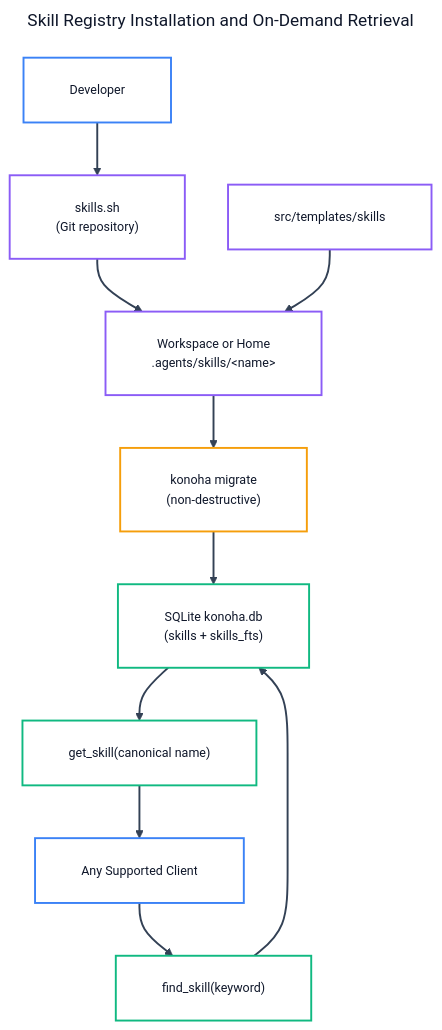
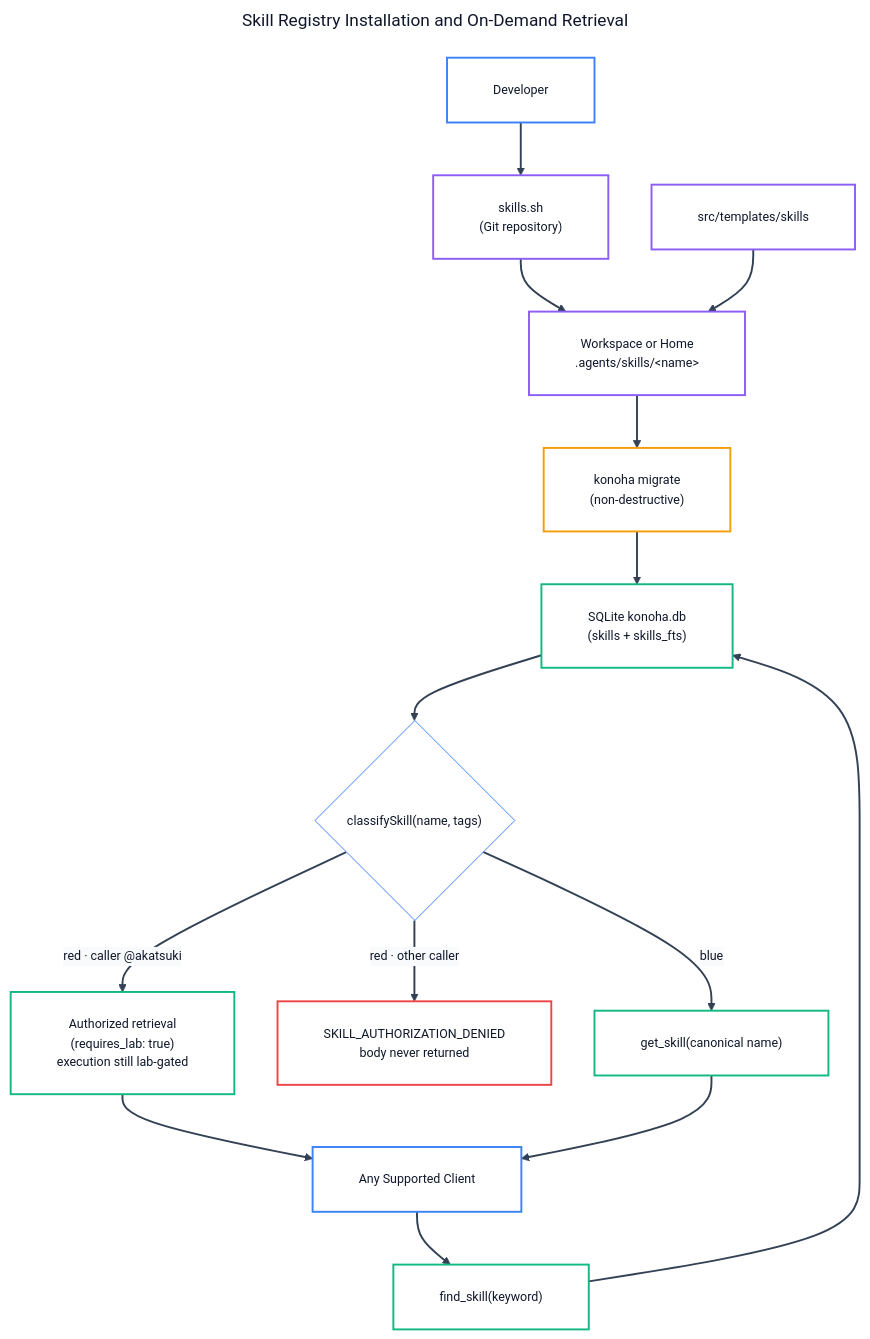
Before and after one commit to andycungkrinx91/konoha: the diagram in docs/ADDING-SKILLS.md, drawn with Mermaid. The commit also changed other lines of this file and 184 other files, not shown here.

````diff
--- a/docs/ADDING-SKILLS.md
+++ b/docs/ADDING-SKILLS.md
@@ -13,46 +13,51 @@
 ```mermaid
 ---
 title: Skill Registry Installation and On-Demand Retrieval
 config:
   theme: base
   themeVariables:
     darkMode: false
     background: '#ffffff'
     mainBkg: '#ffffff'
     primaryColor: '#ffffff'
     primaryTextColor: '#0f172a'
     primaryBorderColor: '#3b82f6'
     lineColor: '#334155'
     arrowheadColor: '#334155'
     secondaryColor: '#f8fafc'
     tertiaryColor: '#ffffff'
     fontFamily: 'Inter, system-ui, -apple-system, sans-serif'
     fontSize: '13px'
   flowchart:
     nodeSpacing: 45
     rankSpacing: 55
     padding: 24
     wrappingWidth: 380
 ---
 flowchart TB
     Developer["Developer"] --> Registry["skills.sh<br/>(Git repository)"]
     Registry --> Files["Workspace or Home<br/>.agents/skills/&lt;name&gt;"]
     Templates["src/templates/skills"] --> Files
     Files --> Migrate["konoha migrate<br/>(non-destructive)"]
     Migrate --> DB["SQLite konoha.db<br/>(skills + skills_fts)"]
     Client["Any Supported Client"] --> Find["find_skill(keyword)"]
     Find --> DB
-    DB --> Get["get_skill(canonical name)"]
+    DB --> Authz{"classifySkill(name, tags)"}-->|red · caller @akatsuki| Red["Authorized retrieval<br/>(requires_lab: true)<br/>execution still lab-gated"]
+    Authz -->|red · other caller| Denied["SKILL_AUTHORIZATION_DENIED<br/>body never returned"]
+    Authz -->|blue| Get["get_skill(canonical name)"]
+    Red --> Client
     Get --> Client
 
     linkStyle default stroke:#334155,stroke-width:2px;
     classDef actorNode fill:#ffffff,stroke:#3b82f6,color:#0f172a,stroke-width:2px;
     classDef sourceNode fill:#ffffff,stroke:#8b5cf6,color:#0f172a,stroke-width:2px;
     classDef processNode fill:#ffffff,stroke:#f59e0b,color:#0f172a,stroke-width:2px;
     classDef runtimeNode fill:#ffffff,stroke:#10b981,color:#0f172a,stroke-width:2px;
 
     class Developer,Client actorNode;
     class Registry,Files,Templates sourceNode;
     class Migrate processNode;
-    class DB,Find,Get runtimeNode;
+    class DB,Find,Get,Red runtimeNode;
+    classDef denyNode fill:#ffffff,stroke:#ef4444,color:#0f172a,stroke-width:2px;
+    class Denied denyNode;
 ```
````
